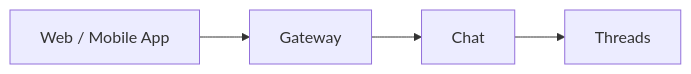
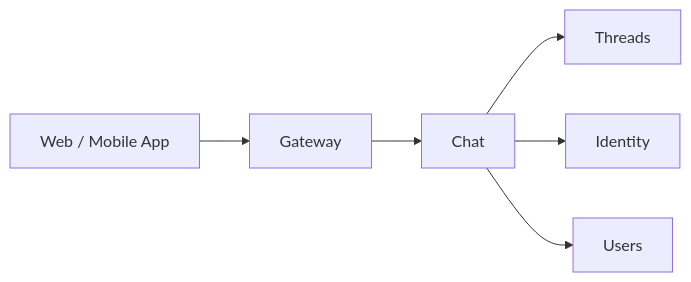
Before and after one commit to agynio/architecture: the diagram in architecture/chat.md, drawn with Mermaid. The commit also changed other lines of this file and 9 other files, not shown here.

First line of the commit message:
docs: add Users and Tenants services, unified identity model (#43)

````diff
--- a/architecture/chat.md
+++ b/architecture/chat.md
@@ -23,6 +23,8 @@
 ```mermaid
 graph LR
     UI[Web / Mobile App] --> GW[Gateway]
     GW --> Chat
     Chat --> Threads
+    Chat --> Identity
+    Chat --> Users
 ```
````
